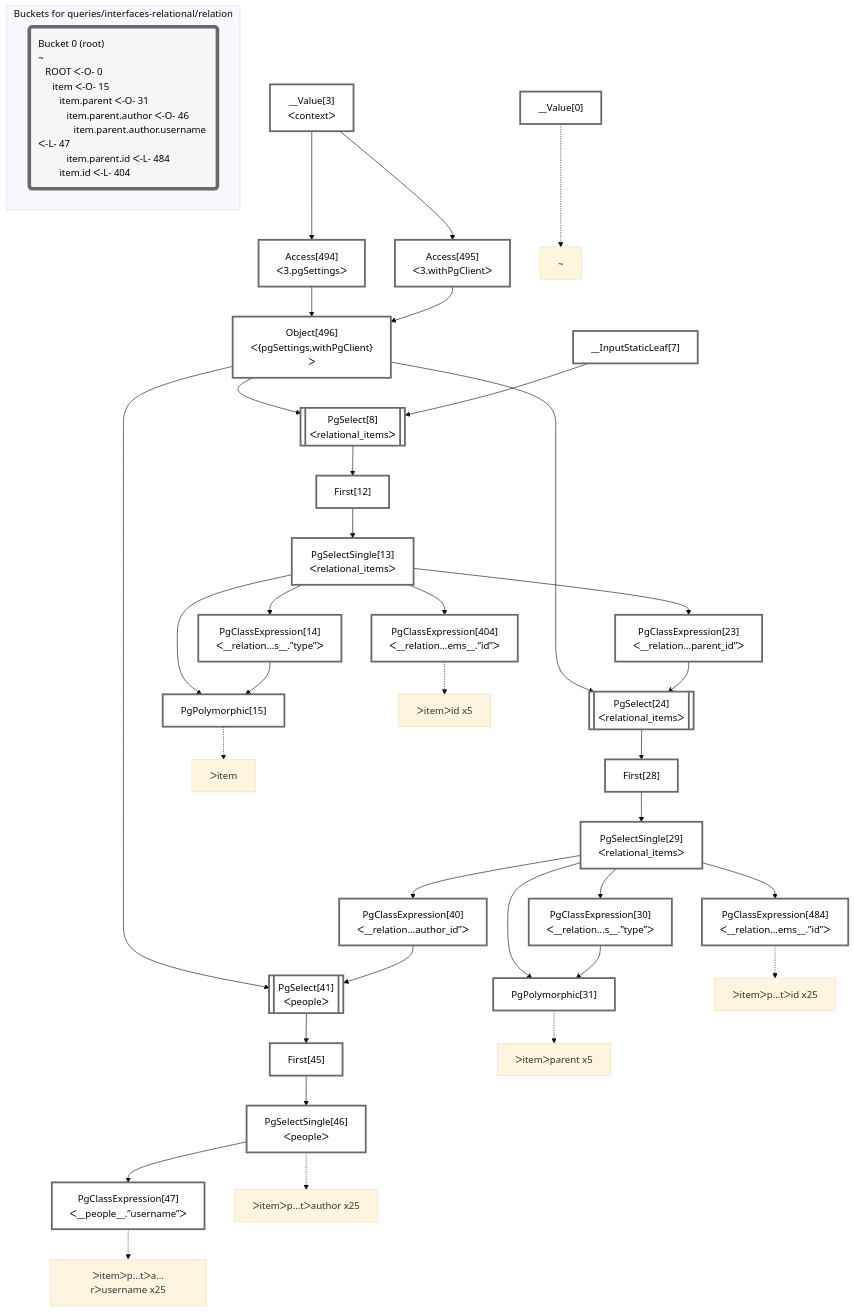
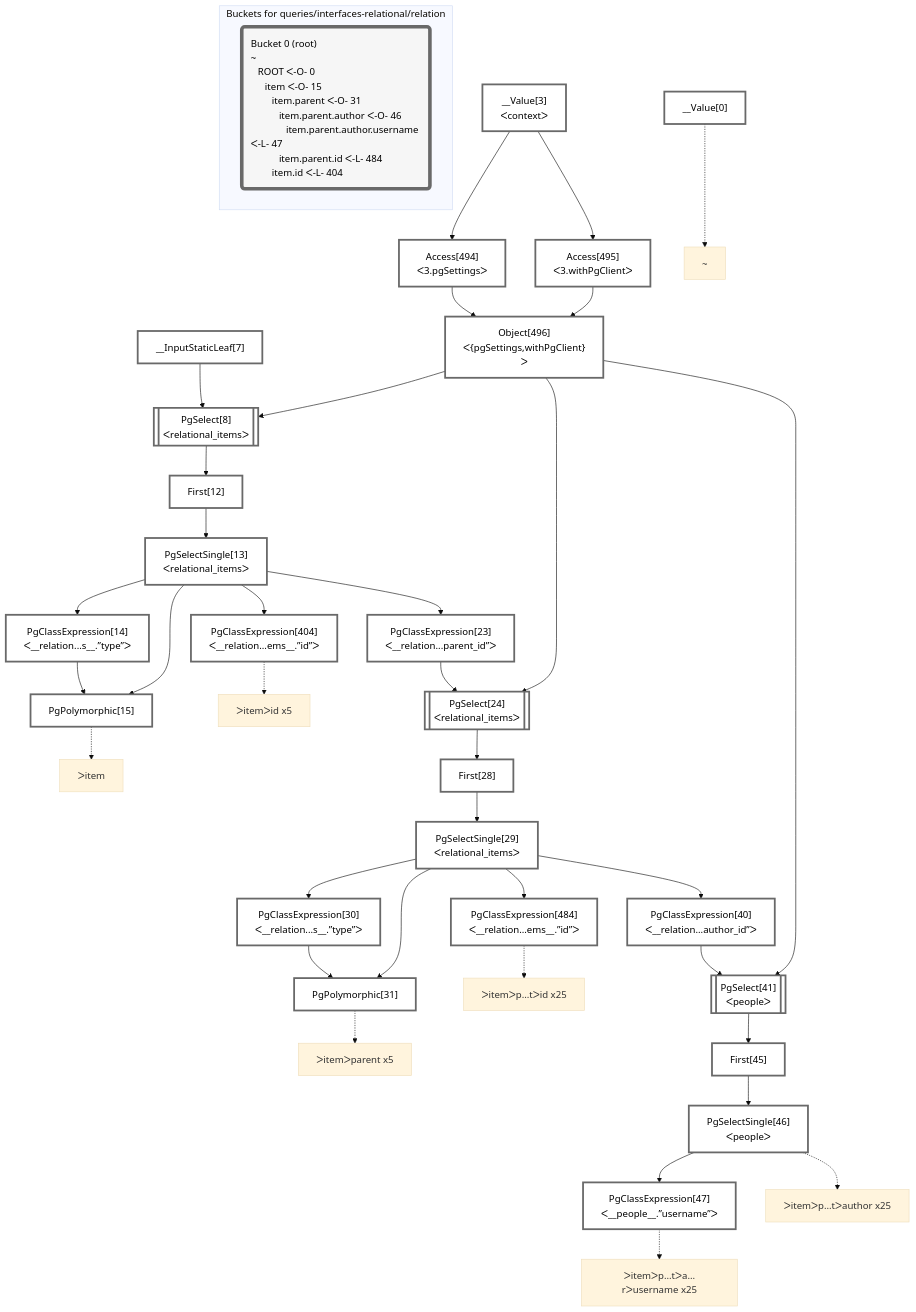
One commit to graphile/crystal changed the diagram in packages/dataplan-pg/__tests__/queries/interfaces-relational/relation.deopt.mermaid.md. Above: the diagram before and after it, drawn with Mermaid (base theme). The commit also changed other lines of this file and 195 other files, not shown here.

Commit message:
Reorder graphs

````diff
--- a/packages/dataplan-pg/__tests__/queries/interfaces-relational/relation.deopt.mermaid.md
+++ b/packages/dataplan-pg/__tests__/queries/interfaces-relational/relation.deopt.mermaid.md
@@ -1,80 +1,80 @@
 ```mermaid
 graph TD
     classDef path fill:#eee,stroke:#000,color:#000
     classDef plan fill:#fff,stroke-width:3px,color:#000
     classDef itemplan fill:#fff,stroke-width:6px,color:#000
     classDef sideeffectplan fill:#f00,stroke-width:6px,color:#000
     classDef bucket fill:#f6f6f6,color:#000,stroke-width:6px,text-align:left
 
 
     %% define plans
     __Value0["__Value[0]"]:::plan
-    PgPolymorphic15["PgPolymorphic[15]"]:::plan
-    PgClassExpression14["PgClassExpression[14]<br />ᐸ__relation...s__.”type”ᐳ"]:::plan
-    PgClassExpression404["PgClassExpression[404]<br />ᐸ__relation...ems__.”id”ᐳ"]:::plan
-    PgPolymorphic31["PgPolymorphic[31]"]:::plan
-    PgClassExpression30["PgClassExpression[30]<br />ᐸ__relation...s__.”type”ᐳ"]:::plan
-    PgClassExpression484["PgClassExpression[484]<br />ᐸ__relation...ems__.”id”ᐳ"]:::plan
-    PgClassExpression47["PgClassExpression[47]<br />ᐸ__people__.”username”ᐳ"]:::plan
-    PgSelectSingle46["PgSelectSingle[46]<br />ᐸpeopleᐳ"]:::plan
-    First45["First[45]"]:::plan
-    PgSelect41[["PgSelect[41]<br />ᐸpeopleᐳ"]]:::plan
-    PgClassExpression40["PgClassExpression[40]<br />ᐸ__relation...author_id”ᐳ"]:::plan
-    PgSelectSingle29["PgSelectSingle[29]<br />ᐸrelational_itemsᐳ"]:::plan
-    First28["First[28]"]:::plan
-    PgSelect24[["PgSelect[24]<br />ᐸrelational_itemsᐳ"]]:::plan
-    PgClassExpression23["PgClassExpression[23]<br />ᐸ__relation...parent_id”ᐳ"]:::plan
-    PgSelectSingle13["PgSelectSingle[13]<br />ᐸrelational_itemsᐳ"]:::plan
-    First12["First[12]"]:::plan
-    PgSelect8[["PgSelect[8]<br />ᐸrelational_itemsᐳ"]]:::plan
-    Object496["Object[496]<br />ᐸ{pgSettings,withPgClient}ᐳ"]:::plan
+    __Value3["__Value[3]<br />ᐸcontextᐳ"]:::plan
+    __InputStaticLeaf7["__InputStaticLeaf[7]"]:::plan
     Access494["Access[494]<br />ᐸ3.pgSettingsᐳ"]:::plan
     Access495["Access[495]<br />ᐸ3.withPgClientᐳ"]:::plan
-    __Value3["__Value[3]<br />ᐸcontextᐳ"]:::plan
-    __InputStaticLeaf7["__InputStaticLeaf[7]"]:::plan
+    Object496["Object[496]<br />ᐸ{pgSettings,withPgClient}ᐳ"]:::plan
+    PgSelect8[["PgSelect[8]<br />ᐸrelational_itemsᐳ"]]:::plan
+    First12["First[12]"]:::plan
+    PgSelectSingle13["PgSelectSingle[13]<br />ᐸrelational_itemsᐳ"]:::plan
+    PgClassExpression14["PgClassExpression[14]<br />ᐸ__relation...s__.”type”ᐳ"]:::plan
+    PgPolymorphic15["PgPolymorphic[15]"]:::plan
+    PgClassExpression404["PgClassExpression[404]<br />ᐸ__relation...ems__.”id”ᐳ"]:::plan
+    PgClassExpression23["PgClassExpression[23]<br />ᐸ__relation...parent_id”ᐳ"]:::plan
+    PgSelect24[["PgSelect[24]<br />ᐸrelational_itemsᐳ"]]:::plan
+    First28["First[28]"]:::plan
+    PgSelectSingle29["PgSelectSingle[29]<br />ᐸrelational_itemsᐳ"]:::plan
+    PgClassExpression30["PgClassExpression[30]<br />ᐸ__relation...s__.”type”ᐳ"]:::plan
+    PgPolymorphic31["PgPolymorphic[31]"]:::plan
+    PgClassExpression484["PgClassExpression[484]<br />ᐸ__relation...ems__.”id”ᐳ"]:::plan
+    PgClassExpression40["PgClassExpression[40]<br />ᐸ__relation...author_id”ᐳ"]:::plan
+    PgSelect41[["PgSelect[41]<br />ᐸpeopleᐳ"]]:::plan
+    First45["First[45]"]:::plan
+    PgSelectSingle46["PgSelectSingle[46]<br />ᐸpeopleᐳ"]:::plan
+    PgClassExpression47["PgClassExpression[47]<br />ᐸ__people__.”username”ᐳ"]:::plan
 
     %% plan dependencies
-    PgSelectSingle13 & PgClassExpression14 --> PgPolymorphic15
-    PgSelectSingle13 --> PgClassExpression14
-    PgSelectSingle13 --> PgClassExpression404
-    PgSelectSingle29 & PgClassExpression30 --> PgPolymorphic31
-    PgSelectSingle29 --> PgClassExpression30
-    PgSelectSingle29 --> PgClassExpression484
-    PgSelectSingle46 --> PgClassExpression47
-    First45 --> PgSelectSingle46
-    PgSelect41 --> First45
-    Object496 & PgClassExpression40 --> PgSelect41
-    PgSelectSingle29 --> PgClassExpression40
-    First28 --> PgSelectSingle29
-    PgSelect24 --> First28
-    Object496 & PgClassExpression23 --> PgSelect24
-    PgSelectSingle13 --> PgClassExpression23
-    First12 --> PgSelectSingle13
-    PgSelect8 --> First12
-    Object496 & __InputStaticLeaf7 --> PgSelect8
-    Access494 & Access495 --> Object496
     __Value3 --> Access494
     __Value3 --> Access495
+    Access494 & Access495 --> Object496
+    Object496 & __InputStaticLeaf7 --> PgSelect8
+    PgSelect8 --> First12
+    First12 --> PgSelectSingle13
+    PgSelectSingle13 --> PgClassExpression14
+    PgSelectSingle13 & PgClassExpression14 --> PgPolymorphic15
+    PgSelectSingle13 --> PgClassExpression404
+    PgSelectSingle13 --> PgClassExpression23
+    Object496 & PgClassExpression23 --> PgSelect24
+    PgSelect24 --> First28
+    First28 --> PgSelectSingle29
+    PgSelectSingle29 --> PgClassExpression30
+    PgSelectSingle29 & PgClassExpression30 --> PgPolymorphic31
+    PgSelectSingle29 --> PgClassExpression484
+    PgSelectSingle29 --> PgClassExpression40
+    Object496 & PgClassExpression40 --> PgSelect41
+    PgSelect41 --> First45
+    First45 --> PgSelectSingle46
+    PgSelectSingle46 --> PgClassExpression47
 
     %% plan-to-path relationships
     P0["~"]
     __Value0 -.-> P0
     P15["ᐳitem"]
     PgPolymorphic15 -.-> P15
     P31["ᐳitemᐳparent x5"]
     PgPolymorphic31 -.-> P31
     P46["ᐳitemᐳp…tᐳauthor x25"]
     PgSelectSingle46 -.-> P46
     P47["ᐳitemᐳp…tᐳa…rᐳusername x25"]
     PgClassExpression47 -.-> P47
     P404["ᐳitemᐳid x5"]
     PgClassExpression404 -.-> P404
     P484["ᐳitemᐳp…tᐳid x25"]
     PgClassExpression484 -.-> P484
 
     subgraph "Buckets for queries/interfaces-relational/relation"
     Bucket0("Bucket 0 (root)<br />~<br />⠀ROOT ᐸ-O- 0<br />⠀⠀item ᐸ-O- 15<br />⠀⠀⠀item.parent ᐸ-O- 31<br />⠀⠀⠀⠀item.parent.author ᐸ-O- 46<br />⠀⠀⠀⠀⠀item.parent.author.username ᐸ-L- 47<br />⠀⠀⠀⠀item.parent.id ᐸ-L- 484<br />⠀⠀⠀item.id ᐸ-L- 404"):::bucket
     classDef bucket0 stroke:#696969
     class Bucket0,__Value0,__Value3,__InputStaticLeaf7,PgSelect8,First12,PgSelectSingle13,PgClassExpression14,PgPolymorphic15,PgClassExpression23,PgSelect24,First28,PgSelectSingle29,PgClassExpression30,PgPolymorphic31,PgClassExpression40,PgSelect41,First45,PgSelectSingle46,PgClassExpression47,PgClassExpression404,PgClassExpression484,Access494,Access495,Object496 bucket0
     end
 ```
````
